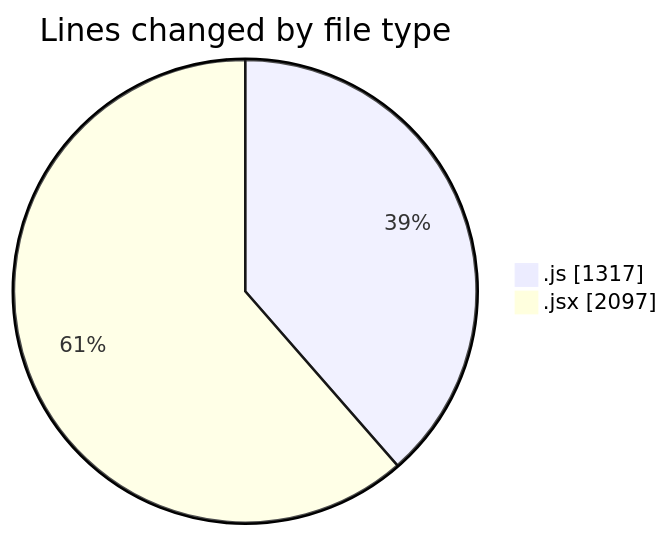
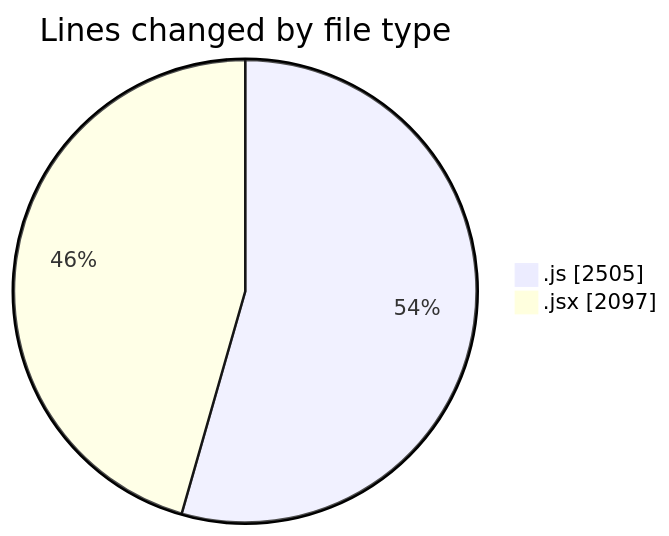
Before and after one commit to nxtqubesakshisongat/code-tracking: the first of 2 diagrams in 2025-08-28/nxtqube_webapp/README.md, drawn with Mermaid. The commit also changed other lines of this file and 1 other file, not shown here.

````diff
--- a/2025-08-28/nxtqube_webapp/README.md
+++ b/2025-08-28/nxtqube_webapp/README.md
@@ -25,6 +25,6 @@
 ```mermaid
 pie showData
 title Lines changed by file type
-".js" : 1317
+".js" : 2505
 ".jsx" : 2097
 ```
````
